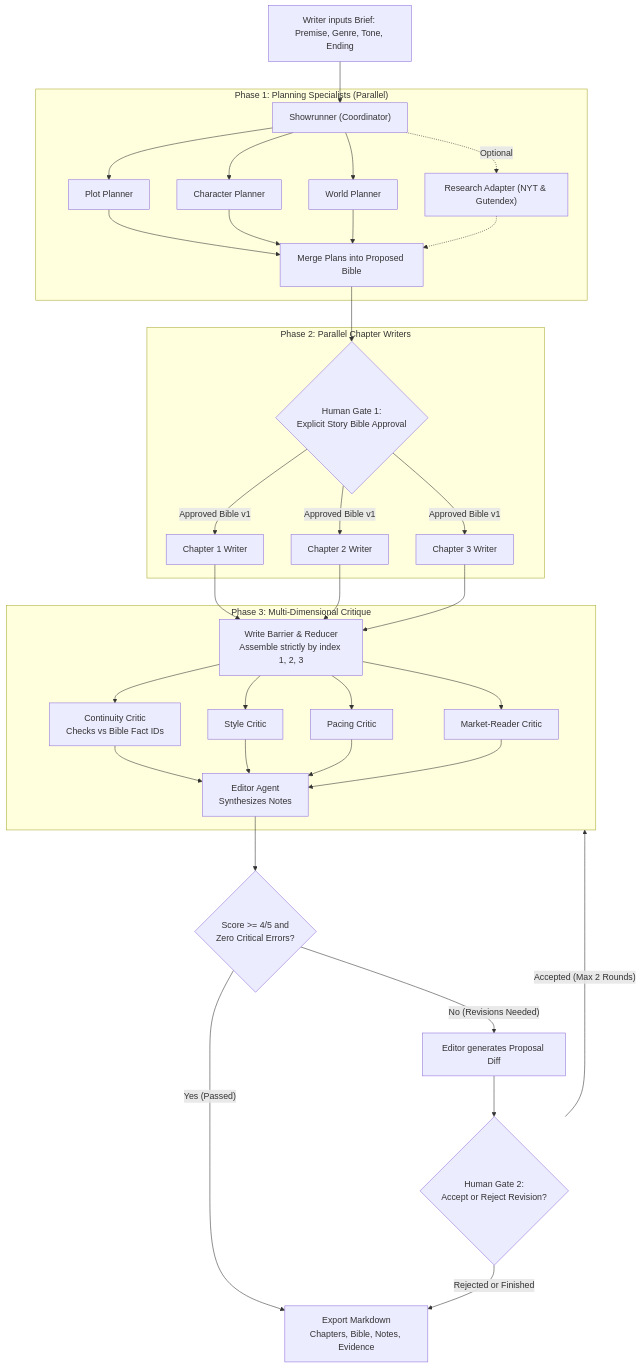
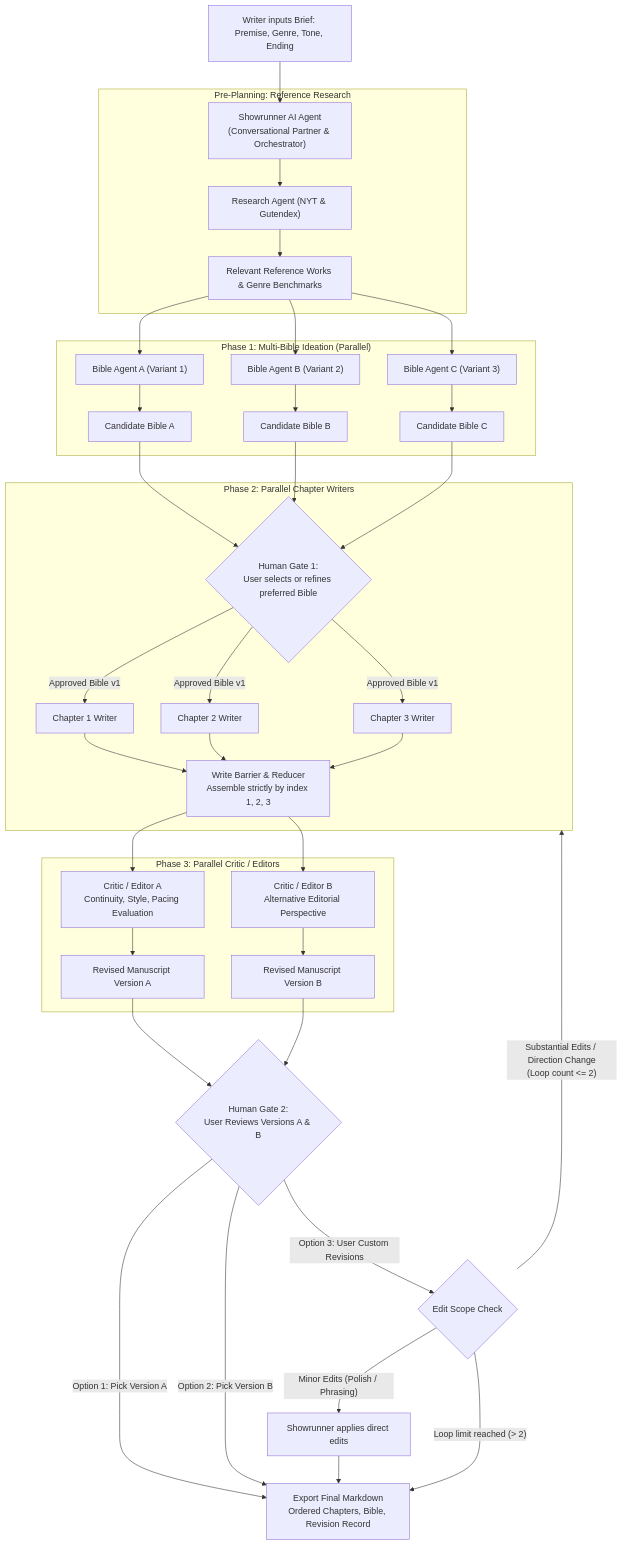
The first of 4 diagrams in docs/multi-agent-workflow.md (emmanuelID-cmd/Multi-Agent-Story), drawn with Mermaid before and after one commit. The commit also changed other lines of this file and 2 other files, not shown here.

Commit message:
docs(workflow): add conversational AI Showrunner architecture and orchestration runtime flowchart

````diff
--- a/docs/multi-agent-workflow.md
+++ b/docs/multi-agent-workflow.md
@@ -35,49 +31,52 @@
 ```mermaid
 flowchart TD
-    UserBrief["Writer inputs Brief: Premise, Genre, Tone, Ending"] --> Showrunner["Showrunner (Coordinator)"]
+    UserBrief["Writer inputs Brief: Premise, Genre, Tone, Ending"] --> Showrunner["Showrunner AI Agent\n(Conversational Partner & Orchestrator)"]
 
-    subgraph PlanningPhase ["Phase 1: Planning Specialists (Parallel)"]
-        Showrunner --> PlotP["Plot Planner"]
-        Showrunner --> CharP["Character Planner"]
-        Showrunner --> WorldP["World Planner"]
-        Showrunner -. Optional .-> ResAgent["Research Adapter (NYT & Gutendex)"]
-
-        PlotP --> MergePlan["Merge Plans into Proposed Bible"]
-        CharP --> MergePlan
-        WorldP --> MergePlan
-        ResAgent -.-> MergePlan
+    subgraph ResearchPhase ["Pre-Planning: Reference Research"]
+        Showrunner --> ResAgent["Research Agent (NYT & Gutendex)"]
+        ResAgent --> RefData["Relevant Reference Works & Genre Benchmarks"]
     end
 
-    MergePlan --> BibleGate{"Human Gate 1:\nExplicit Story Bible Approval"}
+    subgraph Phase1 ["Phase 1: Multi-Bible Ideation (Parallel)"]
+        RefData --> BibleAgentA["Bible Agent A (Variant 1)"]
+        RefData --> BibleAgentB["Bible Agent B (Variant 2)"]
+        RefData --> BibleAgentC["Bible Agent C (Variant 3)"]
 
-    subgraph WritingPhase ["Phase 2: Parallel Chapter Writers"]
+        BibleAgentA --> CandidateA["Candidate Bible A"]
+        BibleAgentB --> CandidateB["Candidate Bible B"]
+        BibleAgentC --> CandidateC["Candidate Bible C"]
+    end
+
+    CandidateA --> BibleGate{"Human Gate 1:\nUser selects or refines preferred Bible"}
+    CandidateB --> BibleGate
+    CandidateC --> BibleGate
+
+    subgraph Phase2 ["Phase 2: Parallel Chapter Writers"]
         BibleGate -- "Approved Bible v1" --> Writer1["Chapter 1 Writer"]
         BibleGate -- "Approved Bible v1" --> Writer2["Chapter 2 Writer"]
         BibleGate -- "Approved Bible v1" --> Writer3["Chapter 3 Writer"]
+
+        Writer1 --> WriteBarrier["Write Barrier & Reducer\nAssemble strictly by index 1, 2, 3"]
+        Writer2 --> WriteBarrier
+        Writer3 --> WriteBarrier
     end
 
-    Writer1 --> WriteBarrier["Write Barrier & Reducer\nAssemble strictly by index 1, 2, 3"]
-    Writer2 --> WriteBarrier
-    Writer3 --> WriteBarrier
+    subgraph Phase3 ["Phase 3: Parallel Critic / Editors"]
+        WriteBarrier --> CriticEditorA["Critic / Editor A\nContinuity, Style, Pacing Evaluation"]
+        WriteBarrier --> CriticEditorB["Critic / Editor B\nAlternative Editorial Perspective"]
 
-    subgraph CritiquePhase ["Phase 3: Multi-Dimensional Critique"]
-        WriteBarrier --> ContCrit["Continuity Critic\nChecks vs Bible Fact IDs"]
-        WriteBarrier --> StyleCrit["Style Critic"]
-        WriteBarrier --> PaceCrit["Pacing Critic"]
-        WriteBarrier --> MarketCrit["Market-Reader Critic"]
-
-        ContCrit --> EditorAgent["Editor Agent\nSynthesizes Notes"]
-        StyleCrit --> EditorAgent
-        PaceCrit --> EditorAgent
-        MarketCrit --> EditorAgent
+        CriticEditorA --> VersionA["Revised Manuscript Version A"]
+        CriticEditorB --> VersionB["Revised Manuscript Version B"]
     end
 
-    EditorAgent --> QualityCheck{"Score >= 4/5 and\nZero Critical Errors?"}
+    VersionA --> HumanReview{"Human Gate 2:\nUser Reviews Versions A & B"}
+    VersionB --> HumanReview
 
-    QualityCheck -- "Yes (Passed)" --> FinalExport["Export Markdown\nChapters, Bible, Notes, Evidence"]
-    QualityCheck -- "No (Revisions Needed)" --> RevProposal["Editor generates Proposal Diff"]
+    HumanReview -- "Option 1: Pick Version A" --> FinalExport["Export Final Markdown\nOrdered Chapters, Bible, Revision Record"]
+    HumanReview -- "Option 2: Pick Version B" --> FinalExport
+    HumanReview -- "Option 3: User Custom Revisions" --> EditDecide{"Edit Scope Check"}
 
-    RevProposal --> EditGate{"Human Gate 2:\nAccept or Reject Revision?"}
-    EditGate -- "Accepted (Max 2 Rounds)" --> CritiquePhase
-    EditGate -- "Rejected or Finished" --> FinalExport
+    EditDecide -- "Minor Edits (Polish / Phrasing)" --> ShowrunnerEdits["Showrunner applies direct edits"] --> FinalExport
+    EditDecide -- "Substantial Edits / Direction Change\n(Loop count <= 2)" --> Phase2
+    EditDecide -- "Loop limit reached (> 2)" --> FinalExport
 ```
````
